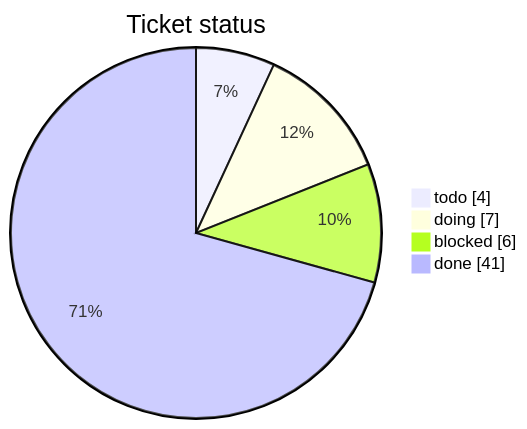
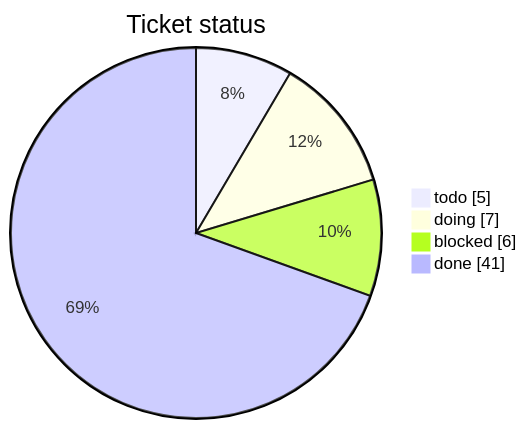
Before and after one commit to mohamed-soubhi/bootlab-esp: the first of 3 diagrams in tickets/TICKETS.md, drawn with Mermaid. The commit also changed other lines of this file and 3 other files, not shown here.

````diff
--- a/tickets/TICKETS.md
+++ b/tickets/TICKETS.md
@@ -14,7 +14,7 @@
 ```mermaid
 pie showData title Ticket status
-    "todo" : 4
+    "todo" : 5
     "doing" : 7
     "blocked" : 6
     "done" : 41
 ```
````
